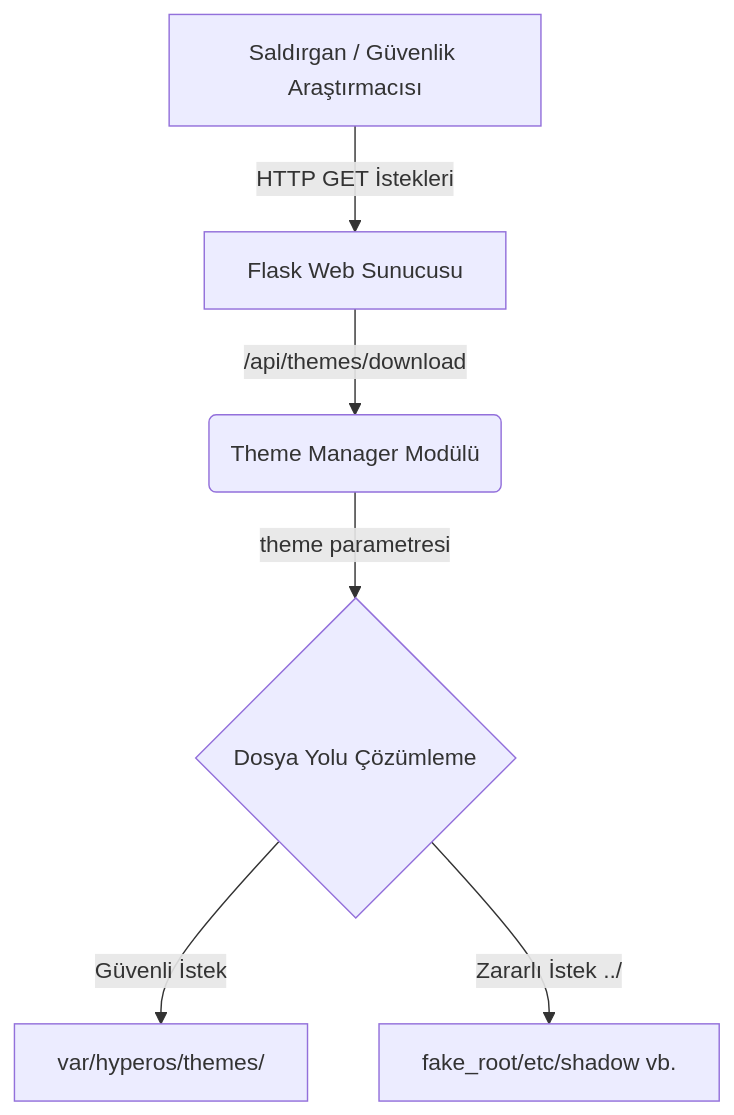
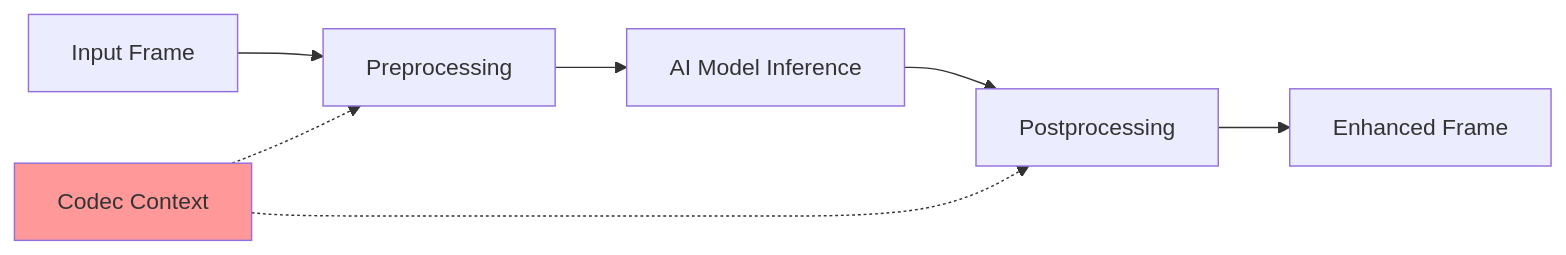
The second of 2 diagrams in docs/architecture.md (kkaanozturk/HyperOS-Directory-Traversal-Analysis), drawn with Mermaid before and after one commit. The commit also changed other lines of this file, not shown here.

````diff
--- a/docs/architecture.md
+++ b/docs/architecture.md
@@ -8,8 +122,12 @@
 ```mermaid
-graph TD
-    A[Saldırgan / Güvenlik Araştırmacısı] -->|HTTP GET İstekleri| B[Flask Web Sunucusu]
-    B -->|/api/themes/download| C(Theme Manager Modülü)
-    C -->|theme parametresi| D{Dosya Yolu Çözümleme}
-    D -- Güvenli İstek --> E[var/hyperos/themes/]
-    D -- Zararlı İstek ../ --> F[fake_root/etc/shadow vb.]
+graph LR
+    A[Input Frame] --> B[Preprocessing]
+    B --> C[AI Model Inference]
+    C --> D[Postprocessing]
+    D --> E[Enhanced Frame]
+    
+    F[Codec Context] -.-> B
+    F -.-> D
+    
+    style F fill:#ff9999
 ```
````
